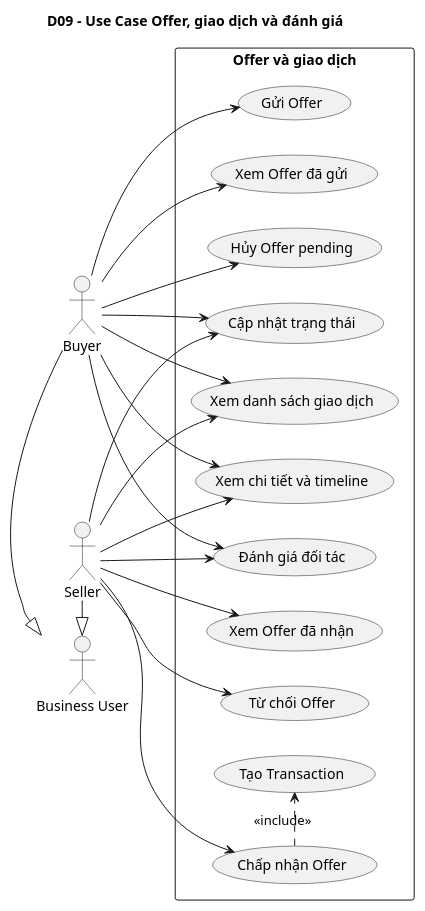
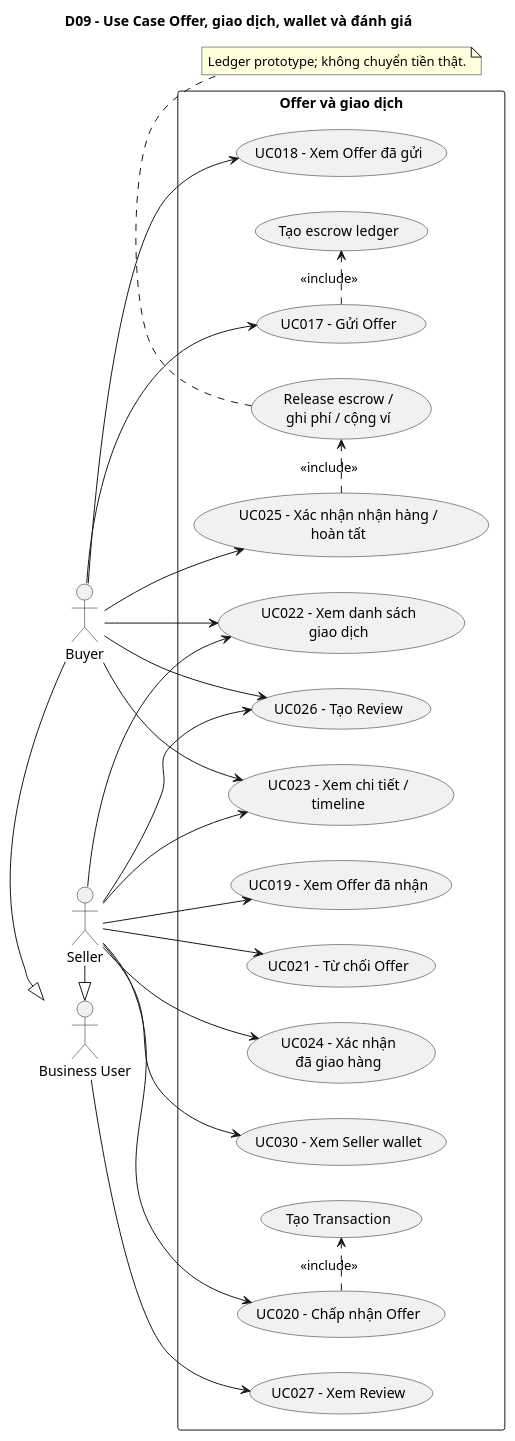
Before and after one commit to NguyetNgaLe/Circular-Materials-Exchange: the diagram in project-submission/04-diagrams/chapter-03-requirements/D09-transaction-review-use-case.puml, drawn with PlantUML. The commit also changed 129 other files, not shown here.

```diff
--- a/project-submission/04-diagrams/chapter-03-requirements/D09-transaction-review-use-case.puml
+++ b/project-submission/04-diagrams/chapter-03-requirements/D09-transaction-review-use-case.puml
@@ -1,40 +1,51 @@
 @startuml
 left to right direction
-title D09 - Use Case Offer, giao dịch và đánh giá
+title D09 - Use Case Offer, giao dịch, wallet và đánh giá
 
 actor "Business User" as Business
 actor Buyer
 actor Seller
 Buyer -|> Business
 Seller -|> Business
 
 rectangle "Offer và giao dịch" {
-  usecase "Gửi Offer" as CreateOffer
-  usecase "Xem Offer đã gửi" as SentOffer
-  usecase "Hủy Offer pending" as CancelOffer
-  usecase "Xem Offer đã nhận" as ReceivedOffer
-  usecase "Chấp nhận Offer" as AcceptOffer
-  usecase "Từ chối Offer" as RejectOffer
+  usecase "UC017 - Gửi Offer" as CreateOffer
+  usecase "Tạo escrow ledger" as HoldEscrow
+  usecase "UC018 - Xem Offer đã gửi" as SentOffer
+  usecase "UC019 - Xem Offer đã nhận" as ReceivedOffer
+  usecase "UC020 - Chấp nhận Offer" as AcceptOffer
+  usecase "UC021 - Từ chối Offer" as RejectOffer
   usecase "Tạo Transaction" as CreateTx
-  usecase "Xem danh sách giao dịch" as ListTx
-  usecase "Xem chi tiết và timeline" as ViewTx
-  usecase "Cập nhật trạng thái" as UpdateTx
-  usecase "Đánh giá đối tác" as Review
+  usecase "UC022 - Xem danh sách\ngiao dịch" as ListTx
+  usecase "UC023 - Xem chi tiết /\ntimeline" as ViewTx
+  usecase "UC024 - Xác nhận\nđã giao hàng" as Ship
+  usecase "UC025 - Xác nhận nhận hàng /\nhoàn tất" as Complete
+  usecase "Release escrow /\nghi phí / cộng ví" as Release
+  usecase "UC026 - Tạo Review" as Review
+  usecase "UC027 - Xem Review" as ViewReview
+  usecase "UC030 - Xem Seller wallet" as Wallet
 }
 
 Buyer --> CreateOffer
+CreateOffer .> HoldEscrow : <<include>>
 Buyer --> SentOffer
-Buyer --> CancelOffer
 Seller --> ReceivedOffer
 Seller --> AcceptOffer
 Seller --> RejectOffer
 AcceptOffer .> CreateTx : <<include>>
 Buyer --> ListTx
 Seller --> ListTx
 Buyer --> ViewTx
 Seller --> ViewTx
-Buyer --> UpdateTx
-Seller --> UpdateTx
+Seller --> Ship
+Buyer --> Complete
+Complete .> Release : <<include>>
 Buyer --> Review
 Seller --> Review
+Business --> ViewReview
+Seller --> Wallet
+
+note bottom of Release
+  Ledger prototype; không chuyển tiền thật.
+end note
 @enduml
```
